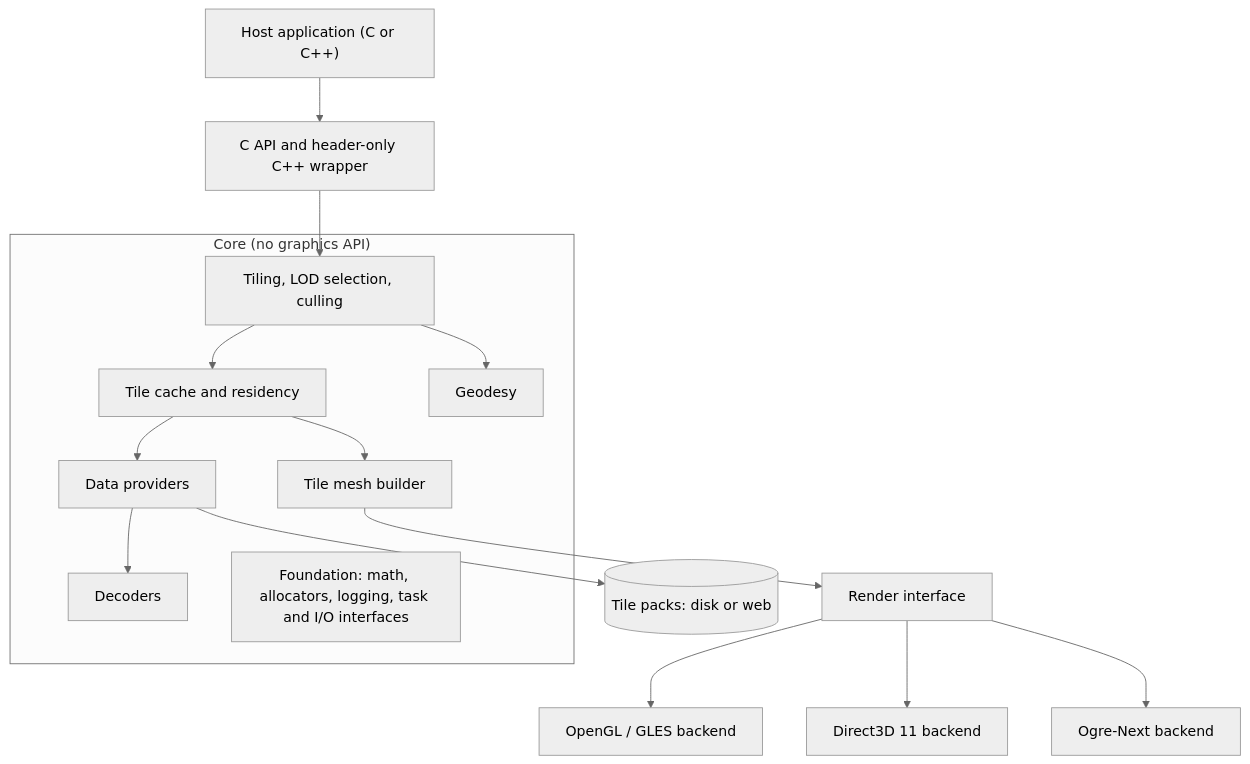
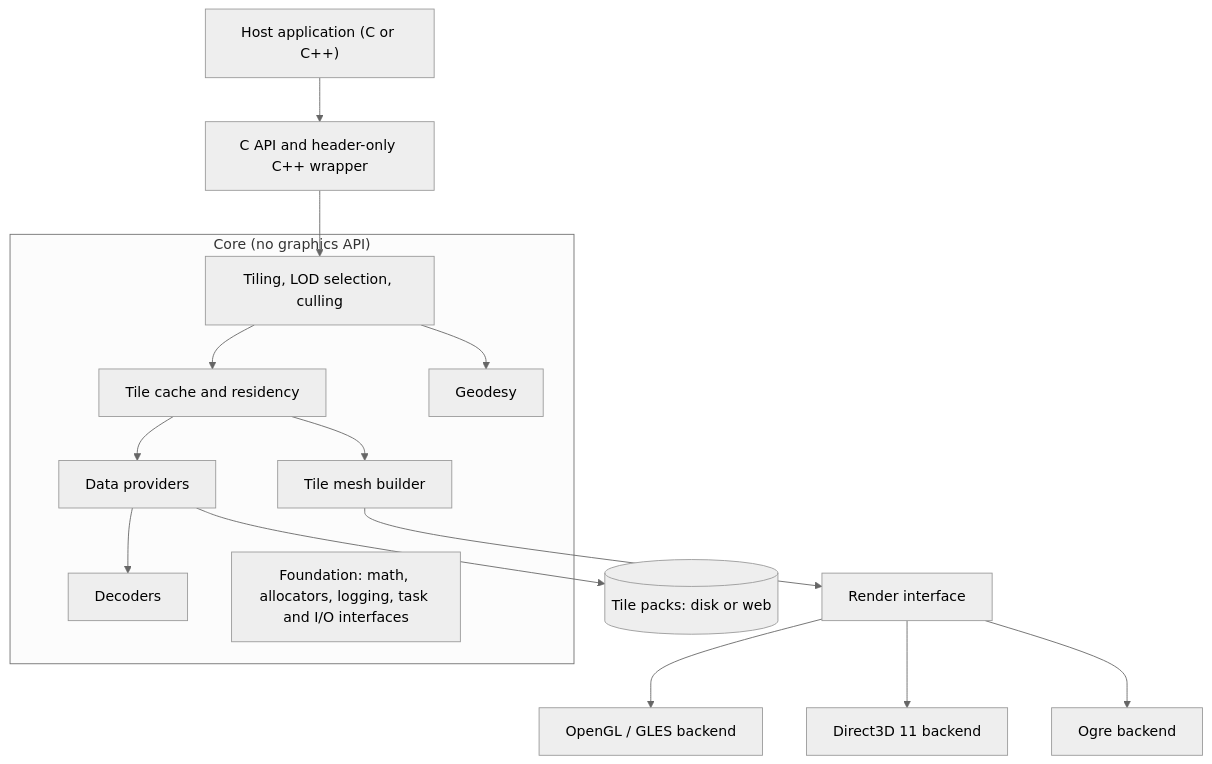
Before and after one commit to 3dgep/vgl: the first of 3 diagrams in docs/design.md, drawn with Mermaid (neutral theme). The commit also changed other lines of this file and 7 other files, not shown here.

````diff
--- a/docs/design.md
+++ b/docs/design.md
@@ -117,29 +136,29 @@
 ```mermaid
 flowchart TB
     Host["Host application (C or C++)"]
     API["C API and header-only C++ wrapper"]
     subgraph Core["Core (no graphics API)"]
         Sel["Tiling, LOD selection, culling"]
         Cache["Tile cache and residency"]
         Mesh["Tile mesh builder"]
         Prov["Data providers"]
         Dec["Decoders"]
         Geo["Geodesy"]
         Found["Foundation: math, allocators, logging, task and I/O interfaces"]
     end
     RI["Render interface"]
     GL["OpenGL / GLES backend"]
     DX["Direct3D 11 backend"]
-    OG["Ogre-Next backend"]
+    OG["Ogre backend"]
     Packs[("Tile packs: disk or web")]
 
     Host --> API --> Sel
     Sel --> Cache --> Mesh
     Cache --> Prov --> Dec
     Prov --> Packs
     Sel --> Geo
     Mesh --> RI
     RI --> GL
     RI --> DX
     RI --> OG
 ```
````
